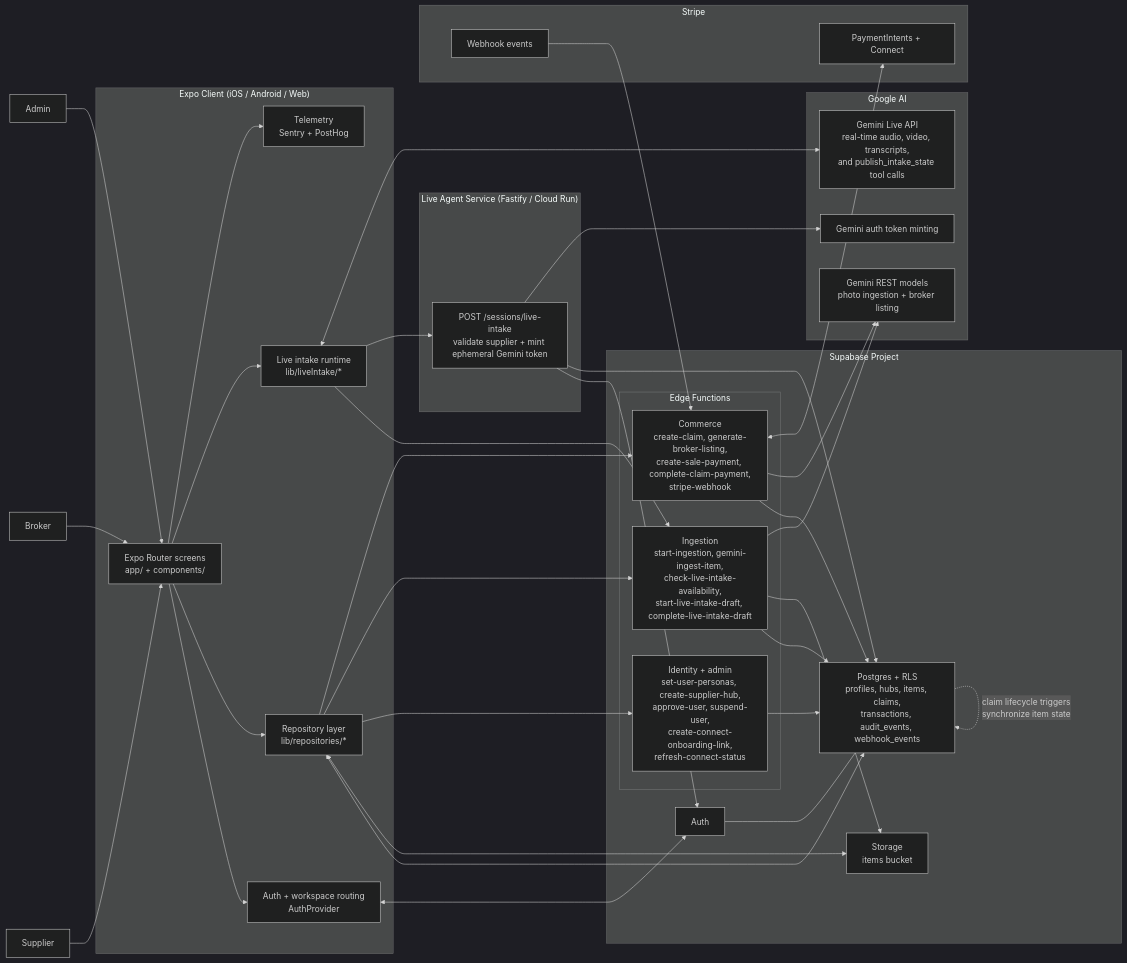
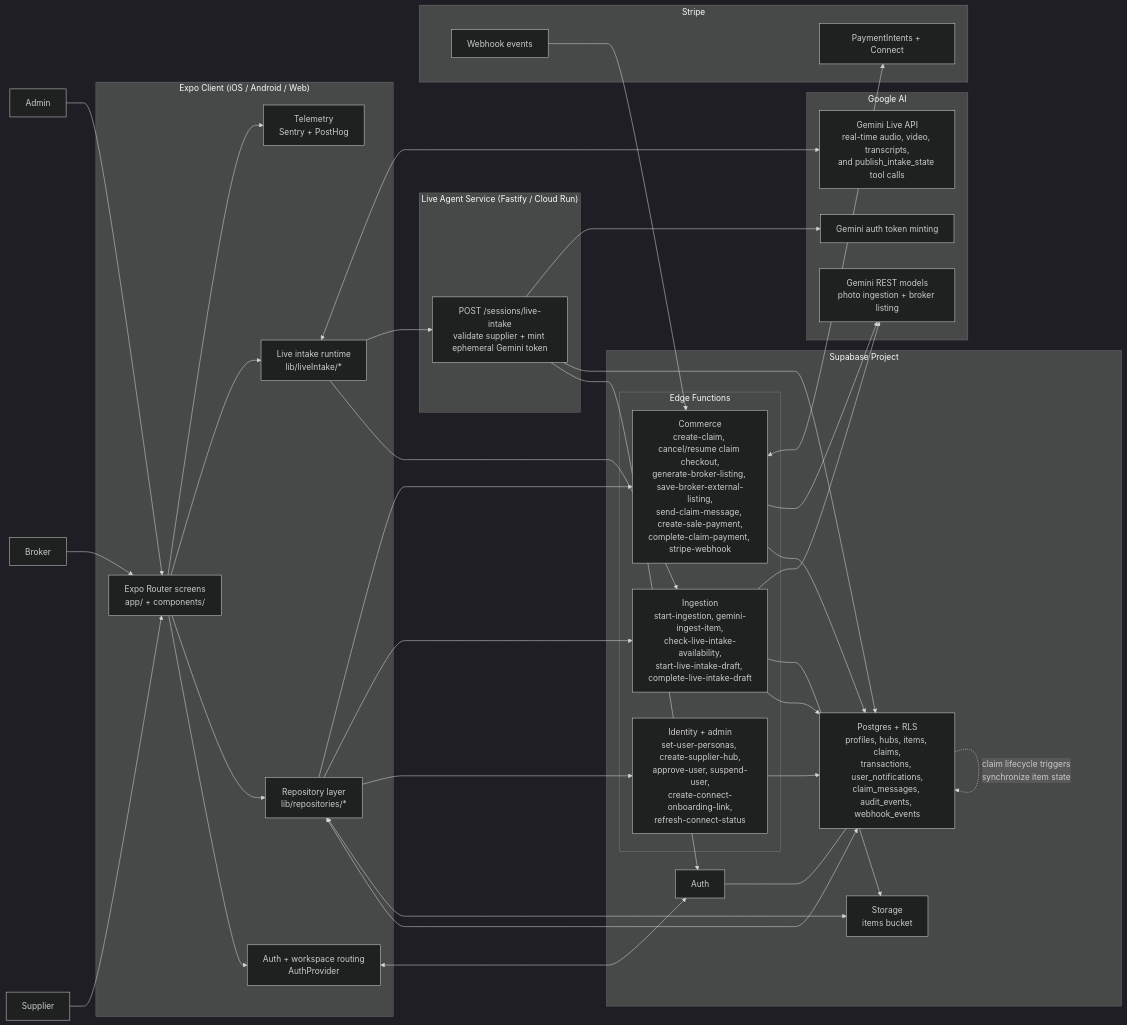
Before and after one commit to TATO-co/TATO: the diagram in docs/architecture.md, drawn with Mermaid (dark theme). The commit also changed other lines of this file and 223 other files, not shown here.

````diff
--- a/docs/architecture.md
+++ b/docs/architecture.md
@@ -7,76 +7,76 @@
 ```mermaid
 flowchart LR
   Supplier["Supplier"]
   Broker["Broker"]
   Admin["Admin"]
 
   subgraph Client["Expo Client (iOS / Android / Web)"]
     UI["Expo Router screens<br/>app/ + components/"]
     AuthCtx["Auth + workspace routing<br/>AuthProvider"]
     Repo["Repository layer<br/>lib/repositories/*"]
     Live["Live intake runtime<br/>lib/liveIntake/*"]
     Obs["Telemetry<br/>Sentry + PostHog"]
 
     UI --> AuthCtx
     UI --> Repo
     UI --> Live
     UI --> Obs
   end
 
   subgraph Supabase["Supabase Project"]
     Auth["Auth"]
-    DB["Postgres + RLS<br/>profiles, hubs, items, claims,<br/>transactions, audit_events, webhook_events"]
+    DB["Postgres + RLS<br/>profiles, hubs, items, claims,<br/>transactions, user_notifications,<br/>claim_messages, audit_events, webhook_events"]
     Storage["Storage<br/>items bucket"]
 
     subgraph Edge["Edge Functions"]
       AdminFns["Identity + admin<br/>set-user-personas, create-supplier-hub,<br/>approve-user, suspend-user,<br/>create-connect-onboarding-link,<br/>refresh-connect-status"]
       IntakeFns["Ingestion<br/>start-ingestion, gemini-ingest-item,<br/>check-live-intake-availability,<br/>start-live-intake-draft, complete-live-intake-draft"]
-      CommerceFns["Commerce<br/>create-claim, generate-broker-listing,<br/>create-sale-payment, complete-claim-payment,<br/>stripe-webhook"]
+      CommerceFns["Commerce<br/>create-claim, cancel/resume claim checkout,<br/>generate-broker-listing, save-broker-external-listing,<br/>send-claim-message, create-sale-payment,<br/>complete-claim-payment, stripe-webhook"]
     end
 
     Auth --- DB
     AdminFns --> DB
     IntakeFns --> DB
     IntakeFns --> Storage
     CommerceFns --> DB
     DB -. "claim lifecycle triggers<br/>synchronize item state" .-> DB
   end
 
   subgraph LiveSvc["Live Agent Service (Fastify / Cloud Run)"]
     Bootstrap["POST /sessions/live-intake<br/>validate supplier + mint ephemeral Gemini token"]
   end
 
   subgraph GoogleAI["Google AI"]
     GeminiTokens["Gemini auth token minting"]
     GeminiRest["Gemini REST models<br/>photo ingestion + broker listing"]
     GeminiLive["Gemini Live API<br/>real-time audio, video, transcripts,<br/>and publish_intake_state tool calls"]
   end
 
   subgraph Stripe["Stripe"]
     StripeApi["PaymentIntents + Connect"]
     StripeHooks["Webhook events"]
   end
 
   Supplier --> UI
   Broker --> UI
   Admin --> UI
 
   AuthCtx <--> Auth
   Repo <--> DB
   Repo <--> Storage
   Repo --> AdminFns
   Repo --> IntakeFns
   Repo --> CommerceFns
 
   Live --> IntakeFns
   Live --> Bootstrap
   Bootstrap --> Auth
   Bootstrap --> DB
   Bootstrap --> GeminiTokens
   Live <--> GeminiLive
 
   IntakeFns --> GeminiRest
   CommerceFns --> GeminiRest
   CommerceFns <--> StripeApi
   StripeHooks --> CommerceFns
 ```
````
